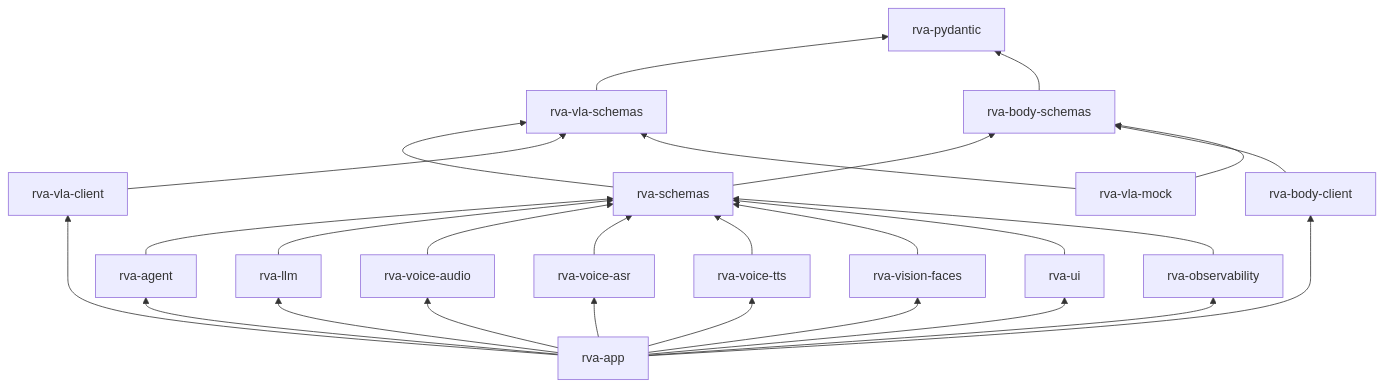
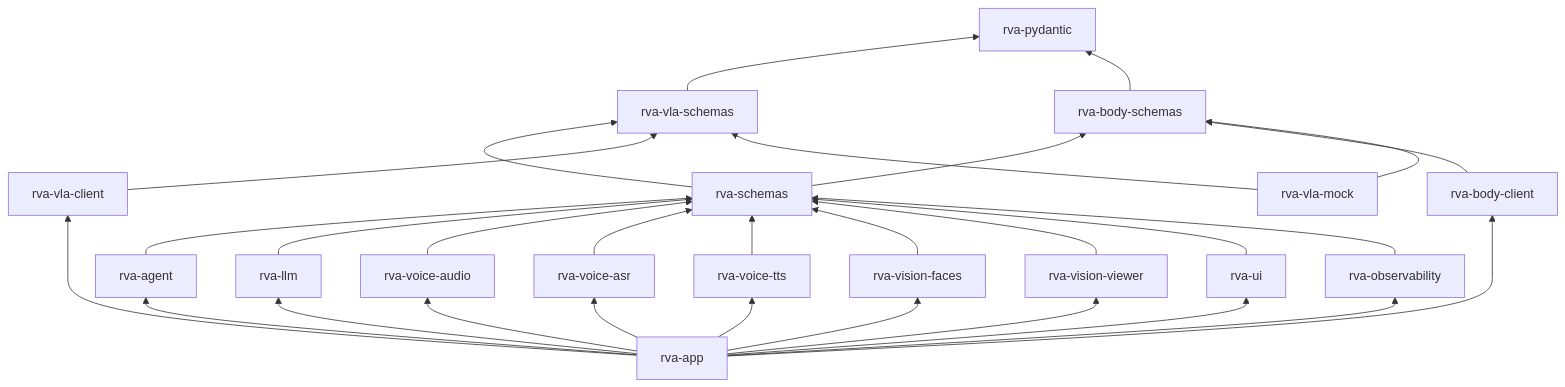
The ninth of 9 diagrams in docs/ARCHITECTURE.md (lokiledev/robot-voice-agent), drawn with Mermaid before and after one commit. The commit also changed other lines of this file and 16 other files, not shown here.

````diff
--- a/docs/ARCHITECTURE.md
+++ b/docs/ARCHITECTURE.md
@@ -332,26 +336,27 @@
 ```mermaid
 flowchart BT
     PYD["rva-pydantic"]
     VLAS["rva-vla-schemas"]
     BODYS["rva-body-schemas"]
     SCH["rva-schemas"]
     VLAC["rva-vla-client"]
     BODYC["rva-body-client"]
     MOCK["rva-vla-mock"]
     AGENT["rva-agent"]
     LLM["rva-llm"]
     AUD["rva-voice-audio"]
     ASR["rva-voice-asr"]
     TTS["rva-voice-tts"]
     VIS["rva-vision-faces"]
+    VIEW["rva-vision-viewer"]
     UI["rva-ui"]
     OBS["rva-observability"]
     APP["rva-app"]
     VLAS & BODYS --> PYD
     SCH --> VLAS & BODYS
     VLAC --> VLAS
     BODYC --> BODYS
     MOCK --> VLAS & BODYS
-    AGENT & LLM & AUD & ASR & TTS & VIS & UI & OBS --> SCH
-    APP --> AGENT & LLM & AUD & ASR & TTS & VIS & UI & OBS & VLAC & BODYC
+    AGENT & LLM & AUD & ASR & TTS & VIS & VIEW & UI & OBS --> SCH
+    APP --> AGENT & LLM & AUD & ASR & TTS & VIS & VIEW & UI & OBS & VLAC & BODYC
 ```
````
